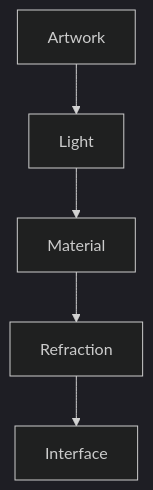
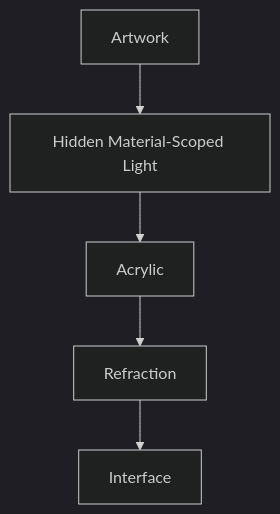
The second of 11 diagrams in docs/design/system/mds-003-material-system/07-refraction.md (mosaic-media/architecture), drawn with Mermaid (dark theme) before and after one commit. The commit also changed other lines of this file and 12 other files, not shown here.

Commit message:
docs(mds-003): define refraction architecture

````diff
--- a/docs/design/system/mds-003-material-system/07-refraction.md
+++ b/docs/design/system/mds-003-material-system/07-refraction.md
@@ -114,14 +116,14 @@
 ```mermaid
 flowchart TD
 
 N1["Artwork"]
-N2["Light"]
-N3["Material"]
+N2["Hidden Material-Scoped Light"]
+N3["Acrylic"]
 N4["Refraction"]
 N5["Interface"]
 
 N1 --> N2
 N2 --> N3
 N3 --> N4
 N4 --> N5
 ```
````
